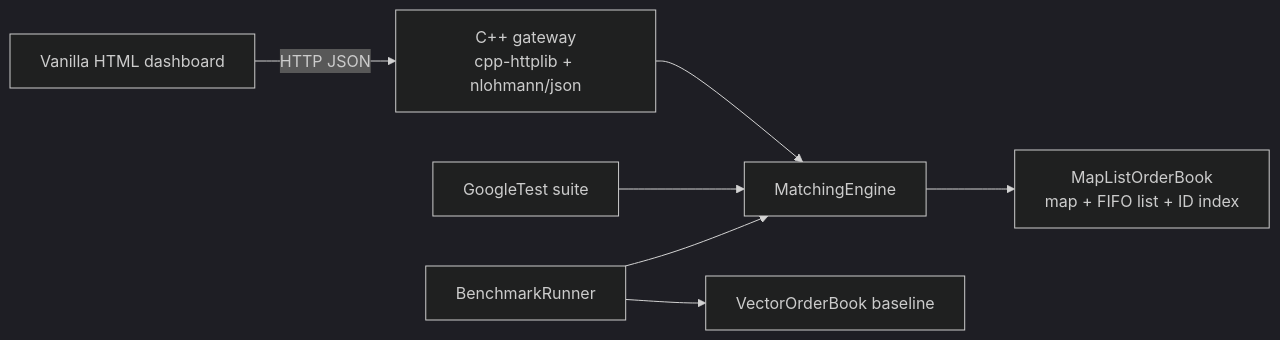
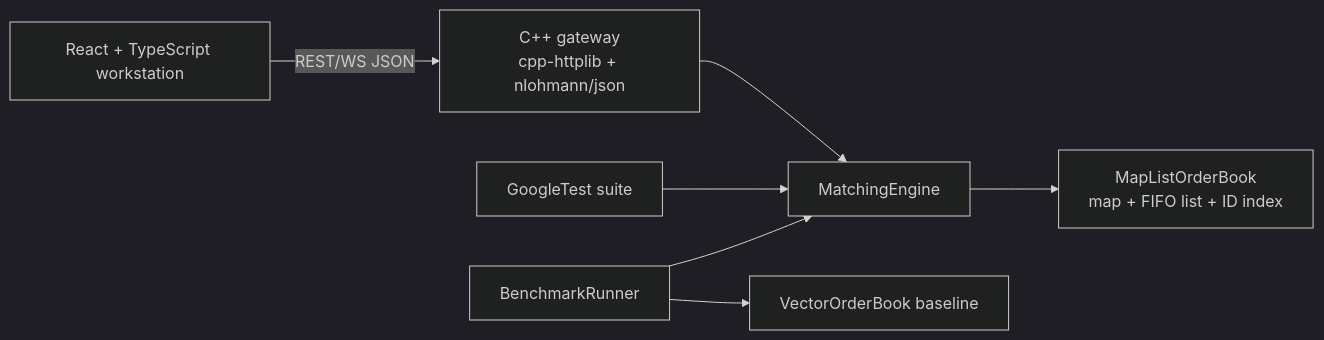
One commit to ShreyasLoL/Basalt changed the diagram in README.md. Above: the diagram before and after it, drawn with Mermaid (dark theme). The commit also changed other lines of this file and 23 other files, not shown here.

````diff
--- a/README.md
+++ b/README.md
@@ -9,9 +9,9 @@
 ```mermaid
 flowchart LR
-  UI[Vanilla HTML dashboard] -->|HTTP JSON| GW["C++ gateway<br/>cpp-httplib + nlohmann/json"]
+  UI[React + TypeScript workstation] -->|REST/WS JSON| GW["C++ gateway<br/>cpp-httplib + nlohmann/json"]
   GW --> CORE[MatchingEngine]
   CORE --> BOOK["MapListOrderBook<br/>map + FIFO list + ID index"]
   TEST[GoogleTest suite] --> CORE
   BENCH[BenchmarkRunner] --> CORE
   BENCH --> VEC[VectorOrderBook baseline]
 ```
````
